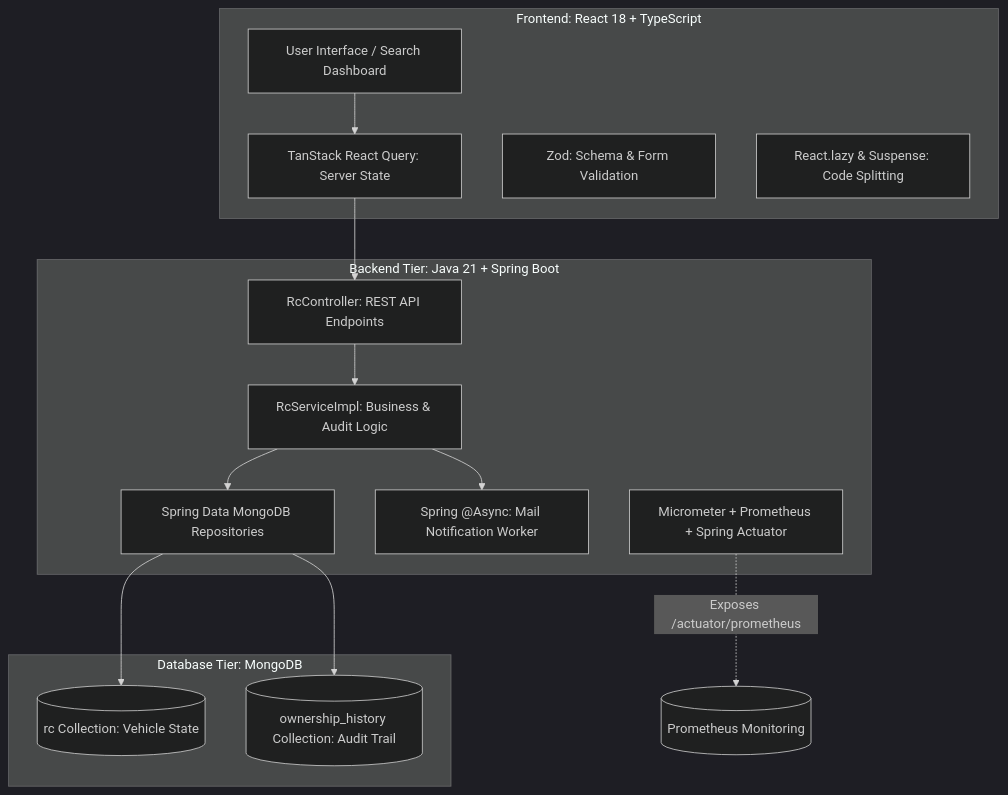
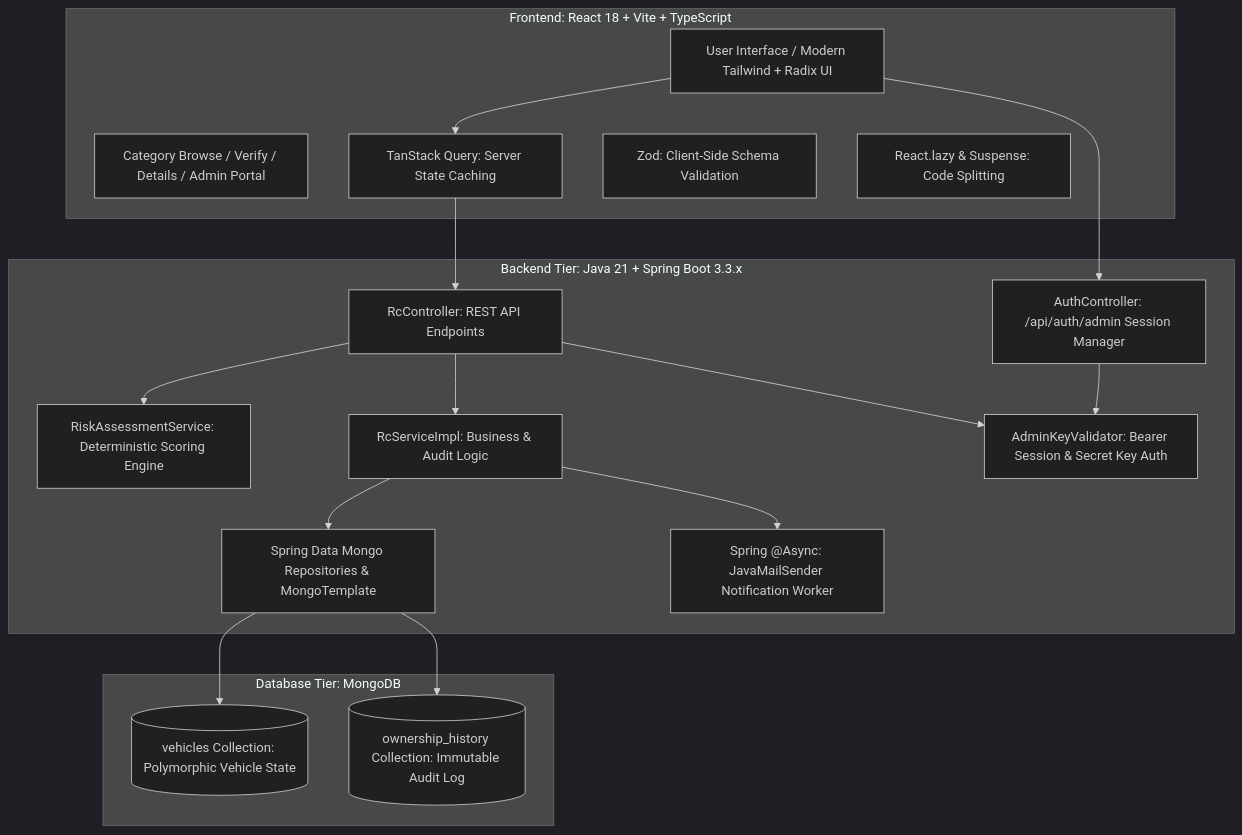
One commit to rohithgowda18/Notes changed the first of 2 diagrams in 09-Projects/Drive Verify - Vehicle Registration & Fraud Verification.md. Above: the diagram before and after it, drawn with Mermaid (dark theme). The commit also changed other lines of this file, not shown here.

````diff
--- a/09-Projects/Drive Verify - Vehicle Registration & Fraud Verification.md
+++ b/09-Projects/Drive Verify - Vehicle Registration & Fraud Verification.md
@@ -41,30 +47,36 @@
 ```mermaid
 flowchart TD
-    subgraph Client [Frontend: React 18 + TypeScript]
-        UI[User Interface / Search Dashboard]
-        RQ[TanStack React Query: Server State]
-        Zod[Zod: Schema & Form Validation]
+    subgraph Client [Frontend: React 18 + Vite + TypeScript]
+        UI[User Interface / Modern Tailwind + Radix UI]
+        Pages[Category Browse / Verify / Details / Admin Portal]
+        RQ[TanStack Query: Server State Caching]
+        Zod[Zod: Client-Side Schema Validation]
         Lazy[React.lazy & Suspense: Code Splitting]
     end
 
-    subgraph Backend [Backend Tier: Java 21 + Spring Boot]
-        Controller[RcController: REST API Endpoints]
-        Service[RcServiceImpl: Business & Audit Logic]
-        Repo[Spring Data MongoDB Repositories]
-        Async[Spring @Async: Mail Notification Worker]
-        Metrics[Micrometer + Prometheus + Spring Actuator]
+    subgraph Backend [Backend Tier: Java 21 + Spring Boot 3.3.x]
+        AuthCtrl[AuthController: /api/auth/admin Session Manager]
+        RcCtrl[RcController: REST API Endpoints]
+        RiskSvc[RiskAssessmentService: Deterministic Scoring Engine]
+        RcSvc[RcServiceImpl: Business & Audit Logic]
+        KeyVal[AdminKeyValidator: Bearer Session & Secret Key Auth]
+        Repo[Spring Data Mongo Repositories & MongoTemplate]
+        Async[Spring @Async: JavaMailSender Notification Worker]
     end
 
     subgraph Storage [Database Tier: MongoDB]
-        RC_Coll[(rc Collection: Vehicle State)]
-        Hist_Coll[(ownership_history Collection: Audit Trail)]
+        RC_Coll[(vehicles Collection: Polymorphic Vehicle State)]
+        Hist_Coll[(ownership_history Collection: Immutable Audit Log)]
     end
 
-    UI --> RQ --> Controller
-    Controller --> Service
-    Service --> Repo
-    Service --> Async
+    UI --> RQ --> RcCtrl
+    UI --> AuthCtrl
+    AuthCtrl --> KeyVal
+    RcCtrl --> KeyVal
+    RcCtrl --> RiskSvc
+    RcCtrl --> RcSvc
+    RcSvc --> Repo
+    RcSvc --> Async
     Repo --> RC_Coll
     Repo --> Hist_Coll
-    Metrics -.->|"Exposes /actuator/prometheus"| Prometheus[(Prometheus Monitoring)]
 ```
````
